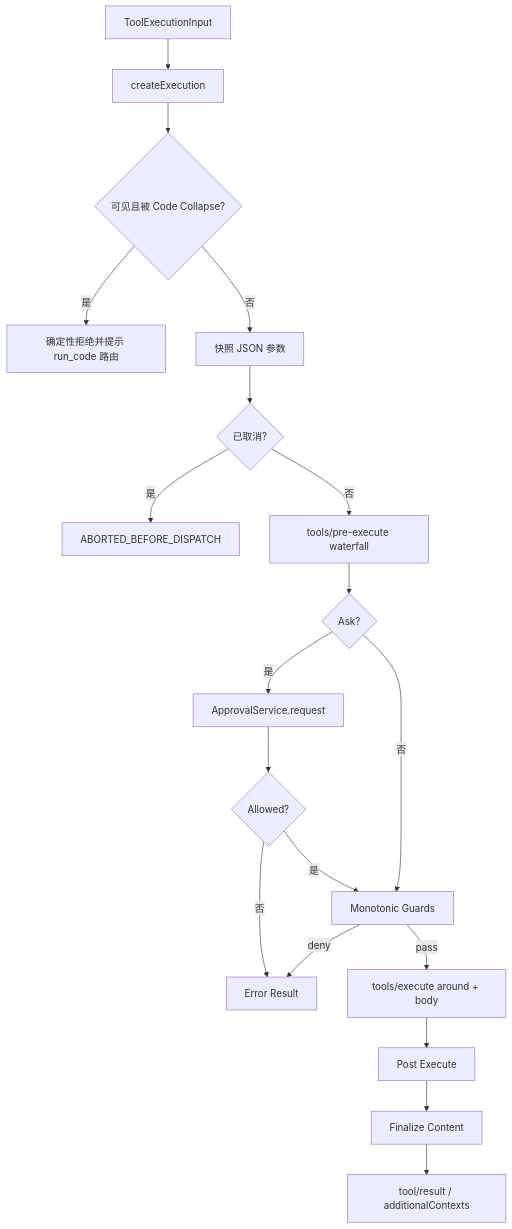
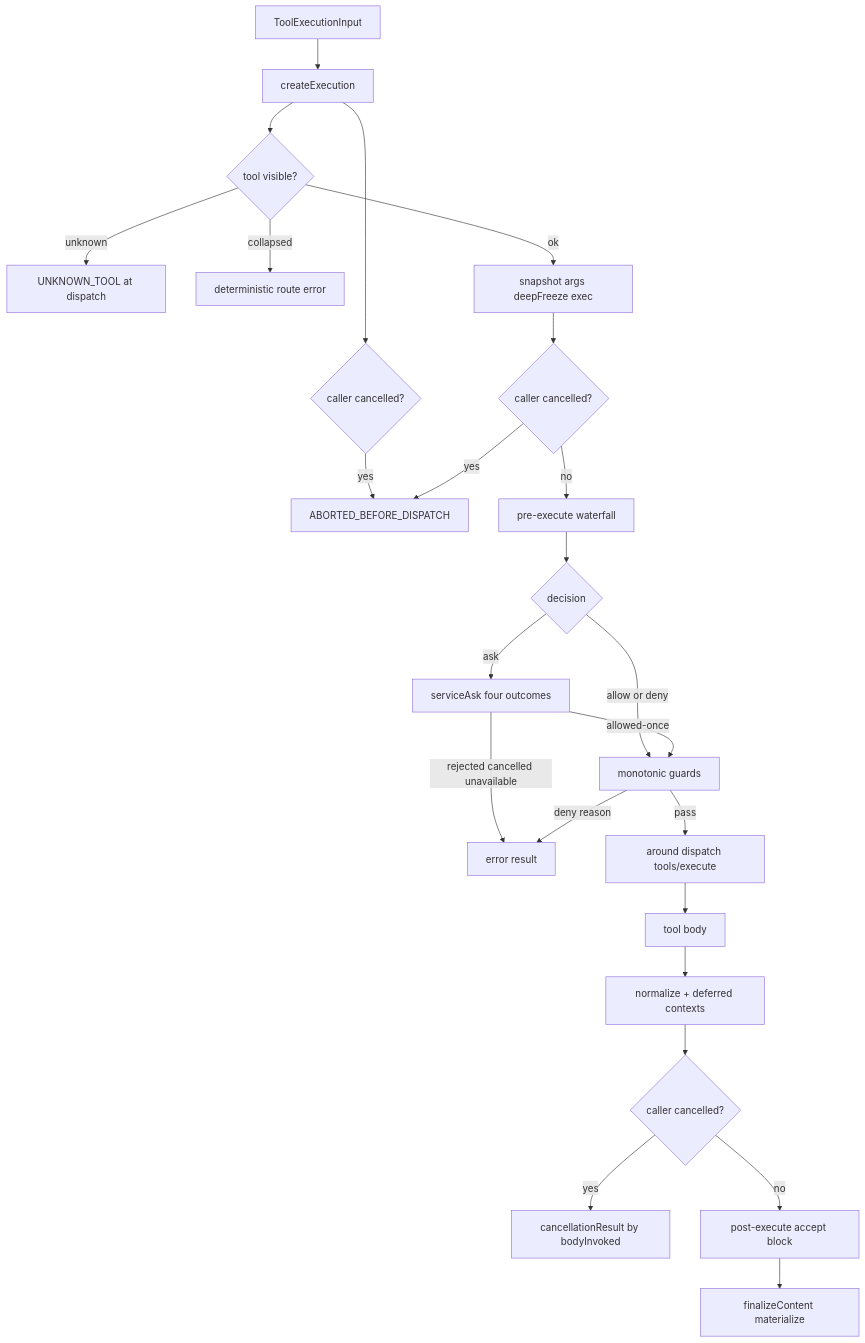
Before and after one commit to xiaoslin9153/awesome-agent-harness-tutorial: the first of 2 diagrams in tutorial/zh-CN/03-frameworks/deepseek-harness/tools-sandbox.md, drawn with Mermaid. The commit also changed other lines of this file and 3 other files, not shown here.

````diff
--- a/tutorial/zh-CN/03-frameworks/deepseek-harness/tools-sandbox.md
+++ b/tutorial/zh-CN/03-frameworks/deepseek-harness/tools-sandbox.md
@@ -50,21 +65,26 @@
 ```mermaid
 flowchart TD
   A[ToolExecutionInput] --> B[createExecution]
-  B --> C{可见且被 Code Collapse?}
-  C -- 是 --> D[确定性拒绝并提示 run_code 路由]
-  C -- 否 --> E[快照 JSON 参数]
-  E --> F{已取消?}
-  F -- 是 --> G[ABORTED_BEFORE_DISPATCH]
-  F -- 否 --> H[tools/pre-execute waterfall]
-  H --> I{Ask?}
-  I -- 是 --> J[ApprovalService.request]
-  J --> K{Allowed?}
-  K -- 否 --> L[Error Result]
-  K -- 是 --> M[Monotonic Guards]
-  I -- 否 --> M
-  M -- deny --> L
-  M -- pass --> N[tools/execute around + body]
-  N --> O[Post Execute]
-  O --> P[Finalize Content]
-  P --> Q[tool/result / additionalContexts]
+  B --> C{caller cancelled?}
+  C -- yes --> X1[ABORTED_BEFORE_DISPATCH]
+  B --> D{tool visible?}
+  D -- unknown --> X2[UNKNOWN_TOOL at dispatch]
+  D -- collapsed --> X3[deterministic route error]
+  D -- ok --> E[snapshot args deepFreeze exec]
+  E --> F{caller cancelled?}
+  F -- yes --> X1
+  F -- no --> G[pre-execute waterfall]
+  G --> H{decision}
+  H -- ask --> I[serviceAsk four outcomes]
+  H -- allow or deny --> J[monotonic guards]
+  I -- allowed-once --> J
+  I -- rejected cancelled unavailable --> Y[error result]
+  J -- deny reason --> Y
+  J -- pass --> K[around dispatch tools/execute]
+  K --> L[tool body]
+  L --> M[normalize + deferred contexts]
+  M --> N{caller cancelled?}
+  N -- yes --> O[cancellationResult by bodyInvoked]
+  N -- no --> P[post-execute accept block]
+  P --> Q[finalizeContent materialize]
 ```
````
